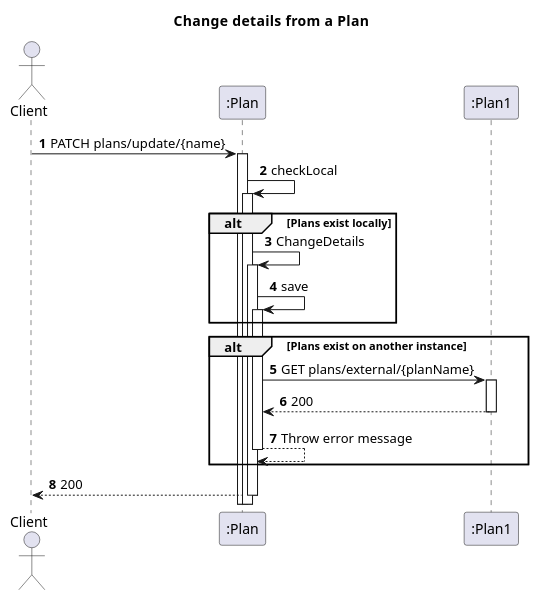
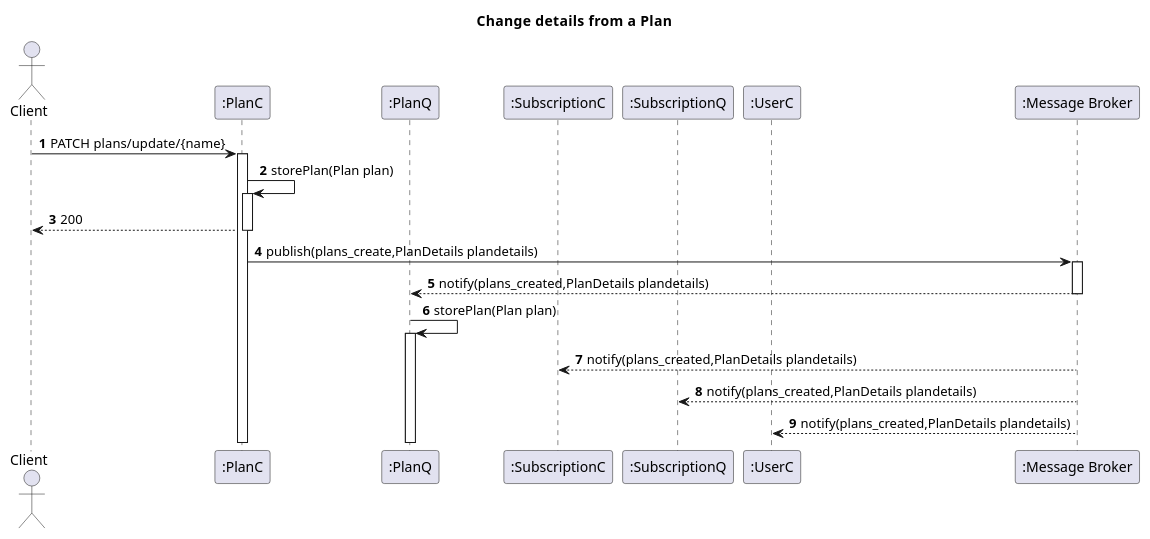
Before and after one commit to IsepMartimOliveira/SIDIS: the diagram in docs_sidis/Segunda_Avalição/Plans/Vista_Logica/N2/N2_ChangeDetails_Plan.puml, drawn with PlantUML. The commit also changed 6 other files, not shown here.

```diff
--- a/docs_sidis/Segunda_Avalição/Plans/Vista_Logica/N2/N2_ChangeDetails_Plan.puml
+++ b/docs_sidis/Segunda_Avalição/Plans/Vista_Logica/N2/N2_ChangeDetails_Plan.puml
@@ -1,37 +1,38 @@
 @startuml
 'https://plantuml.com/sequence-diagram
 autoactivate on
 autonumber
 title  Change details from  a  Plan
 
 autonumber
 
 actor "Client" as Ac
-participant ":Plan" as Auth
-participant ":Plan1" as Serv
-
+participant ":PlanC" as Auth
+participant ":PlanQ" as Serv
+participant ":SubscriptionC" as SubC
+participant ":SubscriptionQ" as SubQ
+participant ":UserC" as UserC
+participant ":Message Broker" as Broker
 
 Ac->Auth:PATCH plans/update/{name}
-Auth->Auth:checkLocal
+Auth->Auth:storePlan(Plan plan)
+Auth-->Ac:200
 
-alt Plans exist locally
-Auth->Auth:ChangeDetails
-Auth->Auth:save
-end
-alt Plans exist on another instance
-Auth->Serv: GET plans/external/{planName}
-Serv-->Auth:200
-Auth-->Auth:Throw error message
+Auth->Broker: publish(plans_create,PlanDetails plandetails)
+Broker-->Serv:notify(plans_created,PlanDetails plandetails)
+Serv->Serv:storePlan(Plan plan)
 
-end
-Auth-->Ac:200
+Broker-->SubC:notify(plans_created,PlanDetails plandetails)
+Broker-->SubQ:notify(plans_created,PlanDetails plandetails)
+
+Broker-->UserC:notify(plans_created,PlanDetails plandetails)
 
 
 
 
 
 
 
 
 
 @enduml
```
